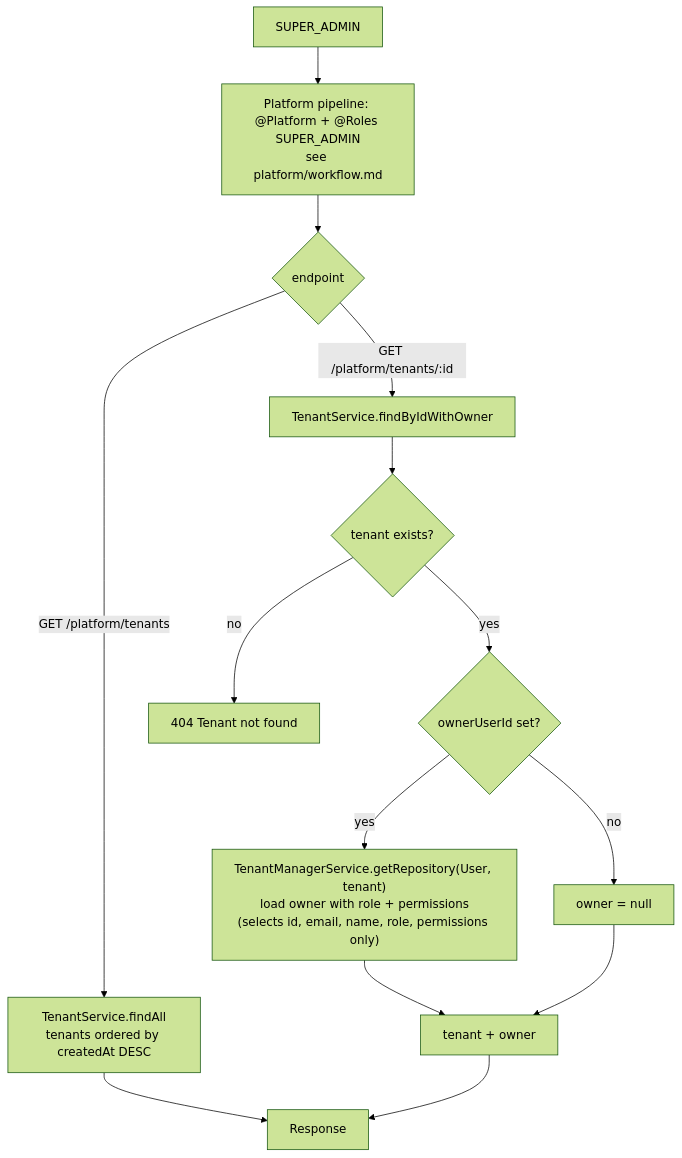
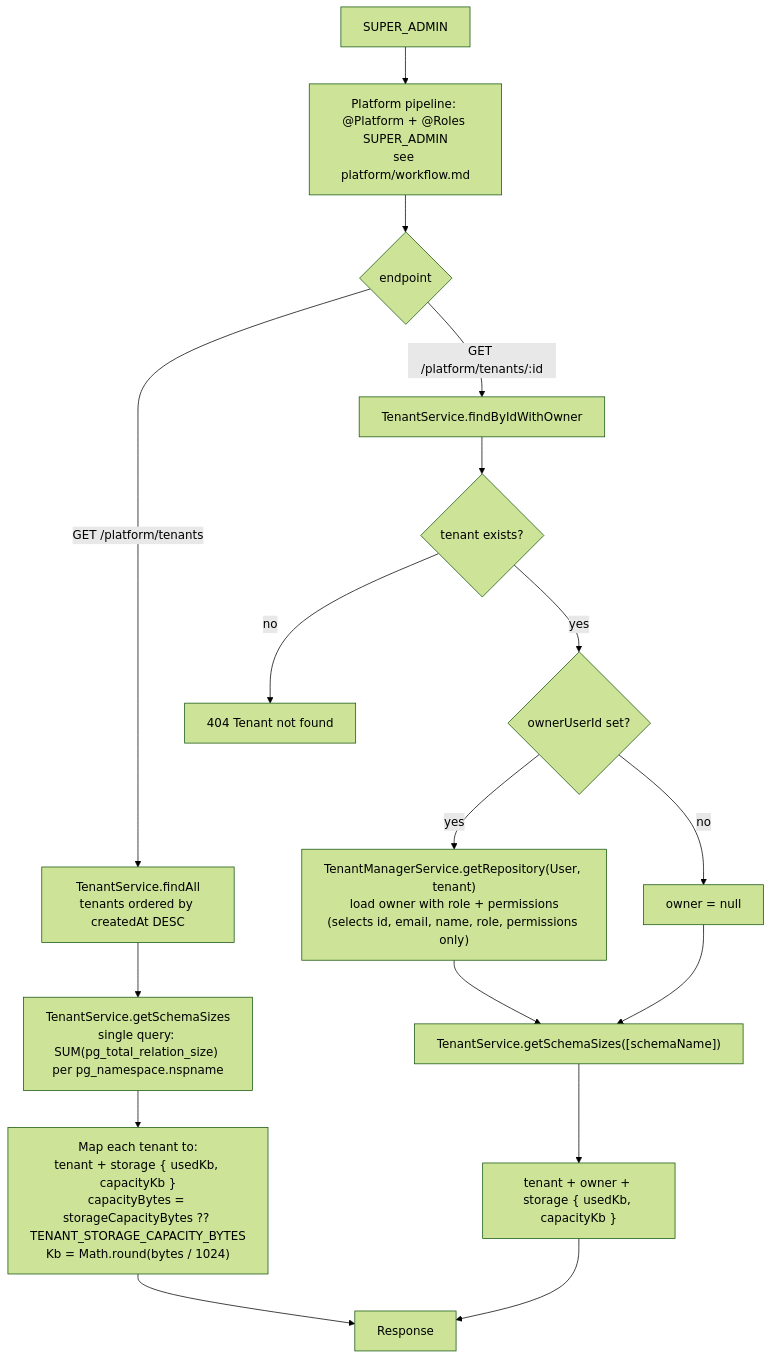
Before and after one commit to DevBassel/saas_commerce: the diagram in src/modules/platform/tenants/workflow.md, drawn with Mermaid (forest theme). The commit also changed 67 other files, not shown here.

````diff
--- a/src/modules/platform/tenants/workflow.md
+++ b/src/modules/platform/tenants/workflow.md
@@ -1,18 +1,21 @@
 ```mermaid
 flowchart TD
     Client["SUPER_ADMIN"] --> GUARD["Platform pipeline: @Platform + @Roles SUPER_ADMIN<br/>see platform/workflow.md"]
     GUARD --> OP{"endpoint"}
 
     OP -->|"GET /platform/tenants"| L["TenantService.findAll<br/>tenants ordered by createdAt DESC"]
-    L --> RESP["Response"]
+    L --> LS["TenantService.getSchemaSizes<br/>single query: SUM(pg_total_relation_size) per pg_namespace.nspname"]
+    LS --> LR["Map each tenant to:<br/>tenant + storage { usedKb, capacityKb }<br/>capacityBytes = storageCapacityBytes ?? TENANT_STORAGE_CAPACITY_BYTES<br/>Kb = Math.round(bytes / 1024)"]
+    LR --> RESP["Response"]
 
     OP -->|"GET /platform/tenants/:id"| F["TenantService.findByIdWithOwner"]
     F --> F1{"tenant exists?"}
     F1 -->|"no"| E404["404 Tenant not found"]
     F1 -->|"yes"| F2{"ownerUserId set?"}
     F2 -->|"yes"| F3["TenantManagerService.getRepository(User, tenant)<br/>load owner with role + permissions<br/>(selects id, email, name, role, permissions only)"]
     F2 -->|"no"| F4["owner = null"]
-    F3 --> OUT["tenant + owner"]
-    F4 --> OUT
+    F3 --> FS["TenantService.getSchemaSizes([schemaName])"]
+    F4 --> FS
+    FS --> OUT["tenant + owner + storage { usedKb, capacityKb }"]
     OUT --> RESP
 ```
````
